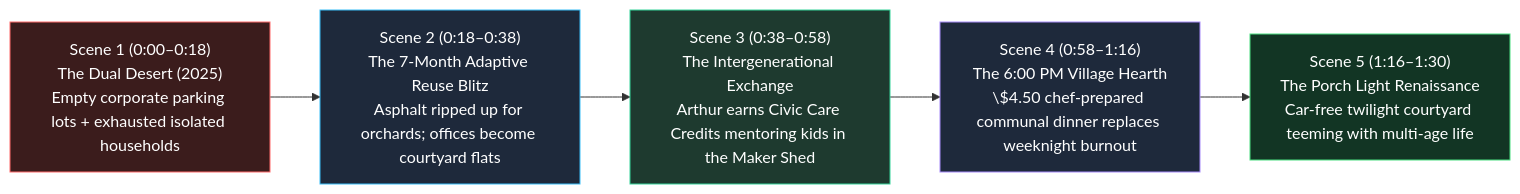
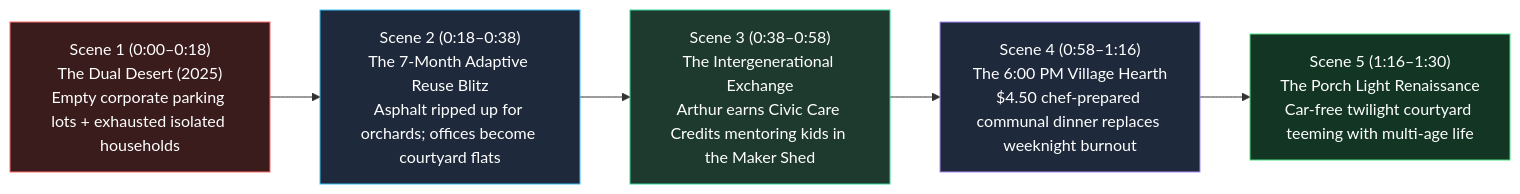
One commit to d-10-g/OneOfMany changed the diagram in vision-shorter-02-social/02-loneliness-family-and-community/STORYBOARD.md. Above: the diagram before and after it, drawn with Mermaid. The commit also changed 23 other files, not shown here.

Commit message:
Fix Mermaid multi-subgraph blank-line parsing and KaTeX dollar escaping across all 85 pathways

````diff
--- a/vision-shorter-02-social/02-loneliness-family-and-community/STORYBOARD.md
+++ b/vision-shorter-02-social/02-loneliness-family-and-community/STORYBOARD.md
@@ -10,13 +10,13 @@
 ```mermaid
 flowchart LR
-    S1["Scene 1 (0:00–0:18)\nThe Dual Desert (2025)\nEmpty corporate parking lots + exhausted isolated households"] --> S2["Scene 2 (0:18–0:38)\nThe 7-Month Adaptive Reuse Blitz\nAsphalt ripped up for orchards; offices become courtyard flats"]
-    S2 --> S3["Scene 3 (0:38–0:58)\nThe Intergenerational Exchange\nArthur earns Civic Care Credits mentoring kids in the Maker Shed"]
-    S3 --> S4["Scene 4 (0:58–1:16)\nThe 6:00 PM Village Hearth\n\$4.50 chef-prepared communal dinner replaces weeknight burnout"]
-    S4 --> S5["Scene 5 (1:16–1:30)\nThe Porch Light Renaissance\nCar-free twilight courtyard teeming with multi-age life"]
+    S1["Scene 1 (0:00–0:18)<br/>The Dual Desert (2025)<br/>Empty corporate parking lots + exhausted isolated households"] --> S2["Scene 2 (0:18–0:38)<br/>The 7-Month Adaptive Reuse Blitz<br/>Asphalt ripped up for orchards; offices become courtyard flats"]
+    S2 --> S3["Scene 3 (0:38–0:58)<br/>The Intergenerational Exchange<br/>Arthur earns Civic Care Credits mentoring kids in the Maker Shed"]
+    S3 --> S4["Scene 4 (0:58–1:16)<br/>The 6:00 PM Village Hearth<br/>$4.50 chef-prepared communal dinner replaces weeknight burnout"]
+    S4 --> S5["Scene 5 (1:16–1:30)<br/>The Porch Light Renaissance<br/>Car-free twilight courtyard teeming with multi-age life"]
 
     style S1 fill:#3b1c1c,stroke:#ff6b6b,color:#ffffff
     style S2 fill:#1e293b,stroke:#38bdf8,color:#ffffff
     style S3 fill:#1e3a2f,stroke:#34d399,color:#ffffff
     style S4 fill:#1e293b,stroke:#a78bfa,color:#ffffff
     style S5 fill:#123524,stroke:#4ade80,color:#ffffff
 ```
````
